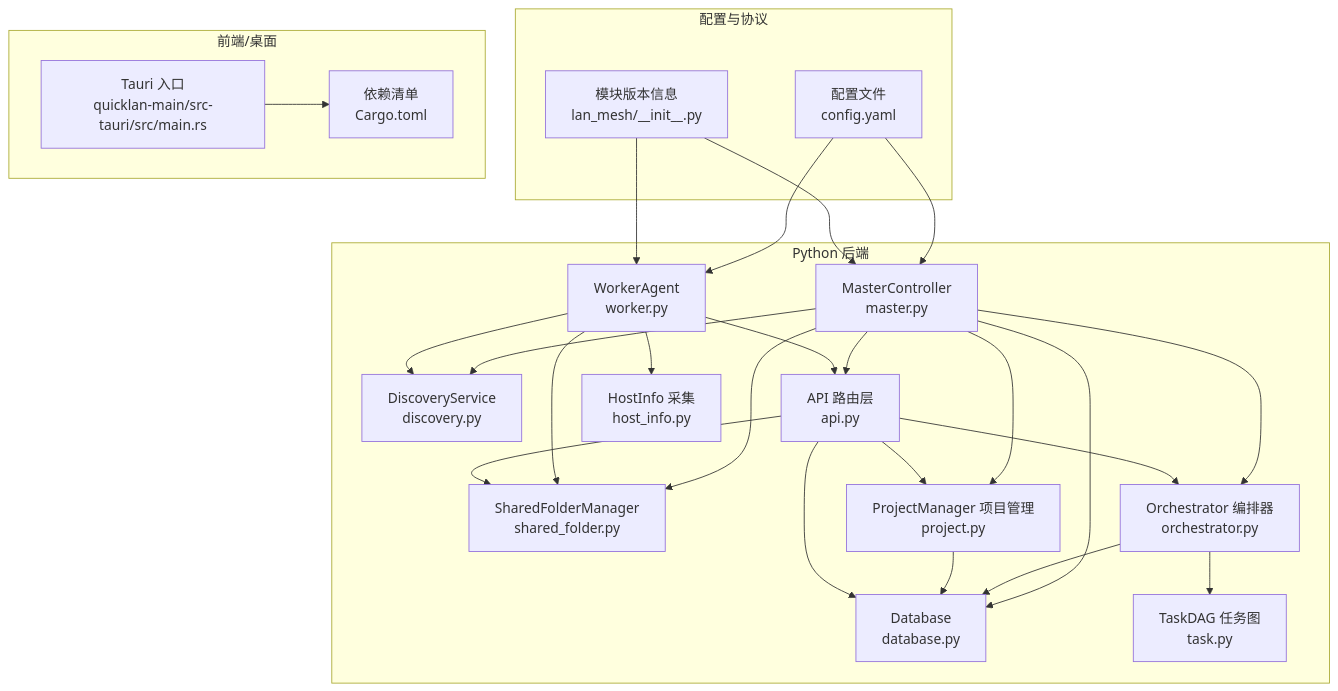
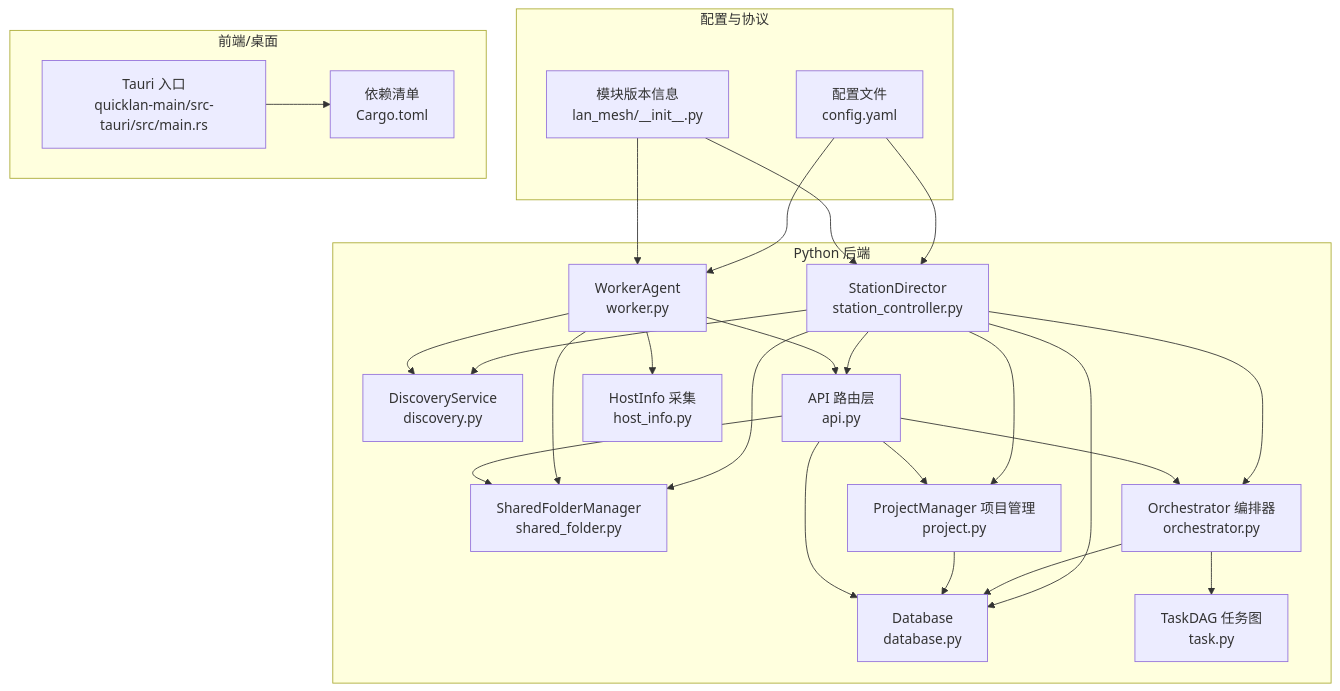
One commit to targalian/Personal-distributed-workstation changed the first of 7 diagrams in .qoder/repowiki/zh/content/前端应用架构/Tauri 框架集成/服务集成.md. Above: the diagram before and after it, drawn with Mermaid. The commit also changed other lines of this file and 63 other files, not shown here.

Commit message:
docs(station): 同步 repo wiki 至 station_controller/station_api 架构

````diff
--- a/.qoder/repowiki/zh/content/前端应用架构/Tauri 框架集成/服务集成.md
+++ b/.qoder/repowiki/zh/content/前端应用架构/Tauri 框架集成/服务集成.md
@@ -43,45 +43,45 @@
 ```mermaid
 graph TB
 subgraph "Python 后端"
-M["MasterController<br/>master.py"]
+M["StationDirector<br/>station_controller.py"]
 W["WorkerAgent<br/>worker.py"]
 D["DiscoveryService<br/>discovery.py"]
 DB["Database<br/>database.py"]
 API["API 路由层<br/>api.py"]
 SF["SharedFolderManager<br/>shared_folder.py"]
 HI["HostInfo 采集<br/>host_info.py"]
 ORCH["Orchestrator 编排器<br/>orchestrator.py"]
 PJ["ProjectManager 项目管理<br/>project.py"]
 TK["TaskDAG 任务图<br/>task.py"]
 end
 subgraph "配置与协议"
 CFG["配置文件<br/>config.yaml"]
 MOD["模块版本信息<br/>lan_mesh/__init__.py"]
 end
 subgraph "前端/桌面"
 TAURI["Tauri 入口<br/>quicklan-main/src-tauri/src/main.rs"]
 CARGO["依赖清单<br/>Cargo.toml"]
 end
 M --> D
 M --> DB
 M --> API
 M --> SF
 M --> ORCH
 M --> PJ
 W --> D
 W --> API
 W --> SF
 W --> HI
 ORCH --> DB
 ORCH --> TK
 PJ --> DB
 API --> DB
 API --> SF
 API --> ORCH
 API --> PJ
 CFG --> M
 CFG --> W
 MOD --> M
 MOD --> W
 TAURI --> CARGO
 ```
````
